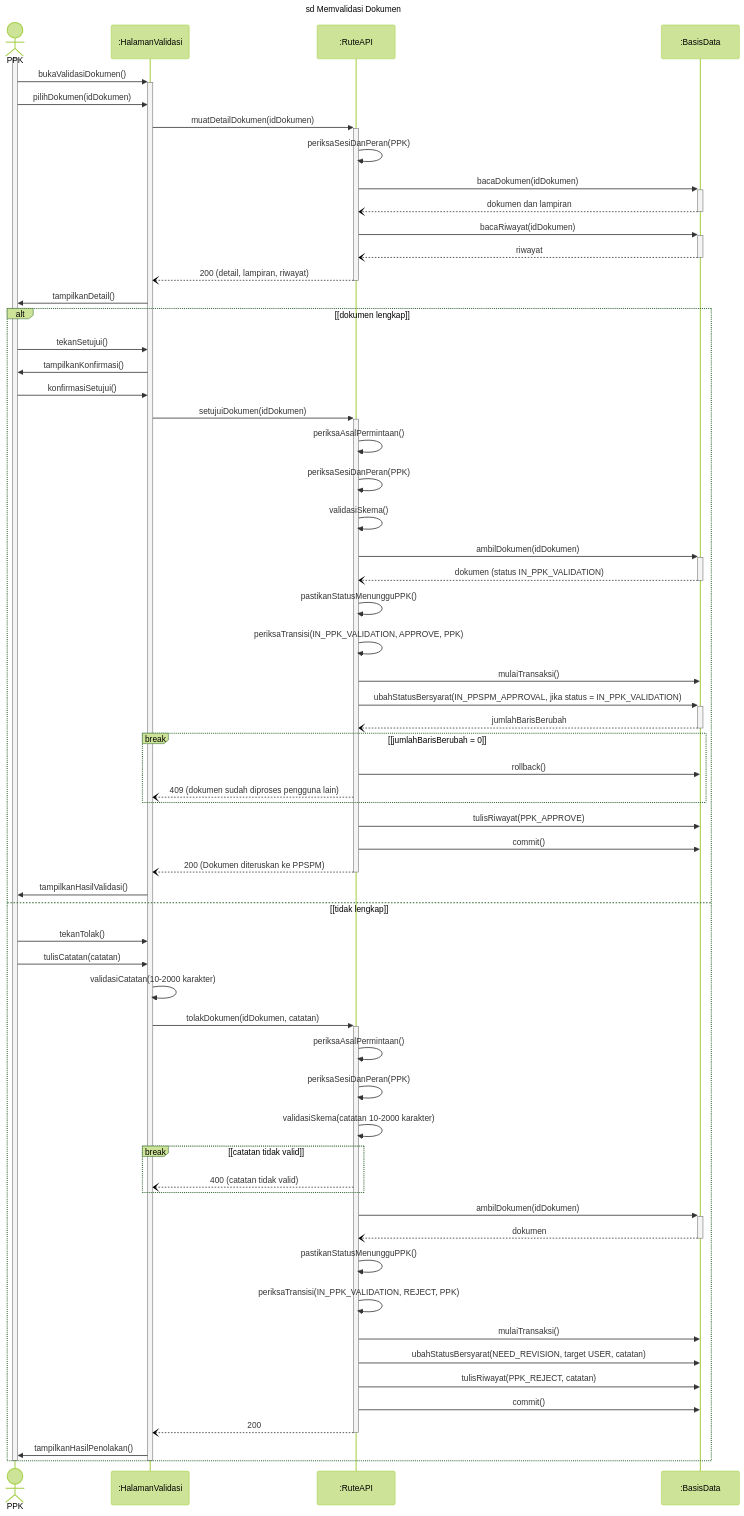
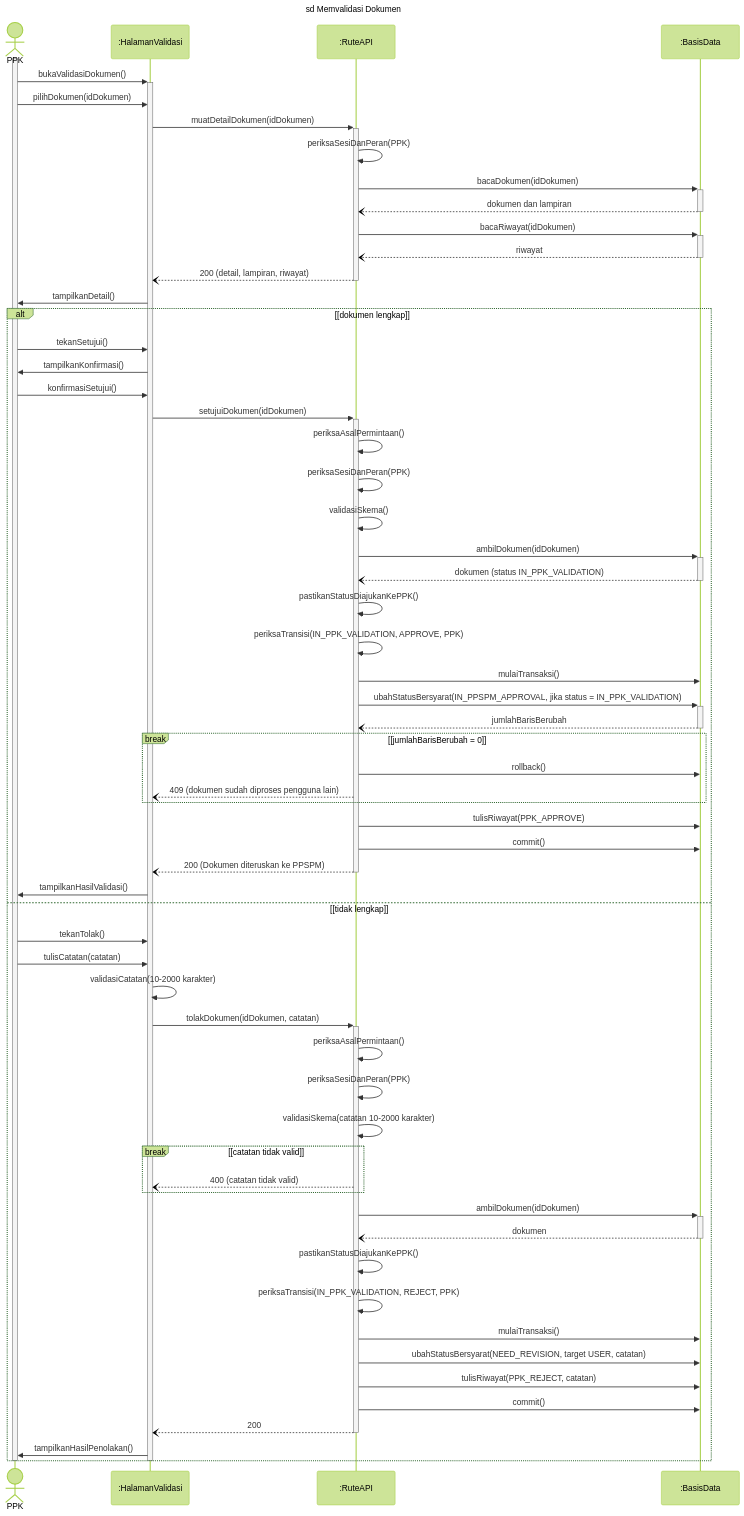
One commit to BingoAndBro/dms-kepser changed the fifth of 15 diagrams in docs/skripsi/Rancangan Sequence Diagram 15 UC (30 Sept 2026).md. Above: the diagram before and after it, drawn with Mermaid (forest theme). The commit also changed other lines of this file and 7 other files, not shown here.

````diff
--- a/docs/skripsi/Rancangan Sequence Diagram 15 UC (30 Sept 2026).md
+++ b/docs/skripsi/Rancangan Sequence Diagram 15 UC (30 Sept 2026).md
@@ -717,67 +717,67 @@
 ```mermaid
 sequenceDiagram
     title sd Memvalidasi Dokumen
     actor K as PPK
     participant H as :HalamanValidasi
     participant R as :RuteAPI
     participant DB as :BasisData
 
     activate K
     K->>+H: bukaValidasiDokumen()
     K->>H: pilihDokumen(idDokumen)
     H->>+R: muatDetailDokumen(idDokumen)
     R->>R: periksaSesiDanPeran(PPK)
     R->>+DB: bacaDokumen(idDokumen)
     DB--)-R: dokumen dan lampiran
     R->>+DB: bacaRiwayat(idDokumen)
     DB--)-R: riwayat
     R--)-H: 200 (detail, lampiran, riwayat)
     H->>K: tampilkanDetail()
     alt [dokumen lengkap]
         K->>H: tekanSetujui()
         H->>K: tampilkanKonfirmasi()
         K->>H: konfirmasiSetujui()
         H->>+R: setujuiDokumen(idDokumen)
         R->>R: periksaAsalPermintaan()
         R->>R: periksaSesiDanPeran(PPK)
         R->>R: validasiSkema()
         R->>+DB: ambilDokumen(idDokumen)
         DB--)-R: dokumen (status IN_PPK_VALIDATION)
-        R->>R: pastikanStatusMenungguPPK()
+        R->>R: pastikanStatusDiajukanKePPK()
         R->>R: periksaTransisi(IN_PPK_VALIDATION, APPROVE, PPK)
         R->>DB: mulaiTransaksi()
         R->>+DB: ubahStatusBersyarat(IN_PPSPM_APPROVAL, jika status = IN_PPK_VALIDATION)
         DB--)-R: jumlahBarisBerubah
         break [jumlahBarisBerubah = 0]
             R->>DB: rollback()
             R--)H: 409 (dokumen sudah diproses pengguna lain)
         end
         R->>DB: tulisRiwayat(PPK_APPROVE)
         R->>DB: commit()
         R--)-H: 200 (Dokumen diteruskan ke PPSPM)
         H->>K: tampilkanHasilValidasi()
     else [tidak lengkap]
         K->>H: tekanTolak()
         K->>H: tulisCatatan(catatan)
         H->>H: validasiCatatan(10-2000 karakter)
         H->>+R: tolakDokumen(idDokumen, catatan)
         R->>R: periksaAsalPermintaan()
         R->>R: periksaSesiDanPeran(PPK)
         R->>R: validasiSkema(catatan 10-2000 karakter)
         break [catatan tidak valid]
             R--)H: 400 (catatan tidak valid)
         end
         R->>+DB: ambilDokumen(idDokumen)
         DB--)-R: dokumen
-        R->>R: pastikanStatusMenungguPPK()
+        R->>R: pastikanStatusDiajukanKePPK()
         R->>R: periksaTransisi(IN_PPK_VALIDATION, REJECT, PPK)
         R->>DB: mulaiTransaksi()
         R->>DB: ubahStatusBersyarat(NEED_REVISION, target USER, catatan)
         R->>DB: tulisRiwayat(PPK_REJECT, catatan)
         R->>DB: commit()
         R--)-H: 200
         H->>K: tampilkanHasilPenolakan()
     end
     deactivate H
     deactivate K
 ```
````
